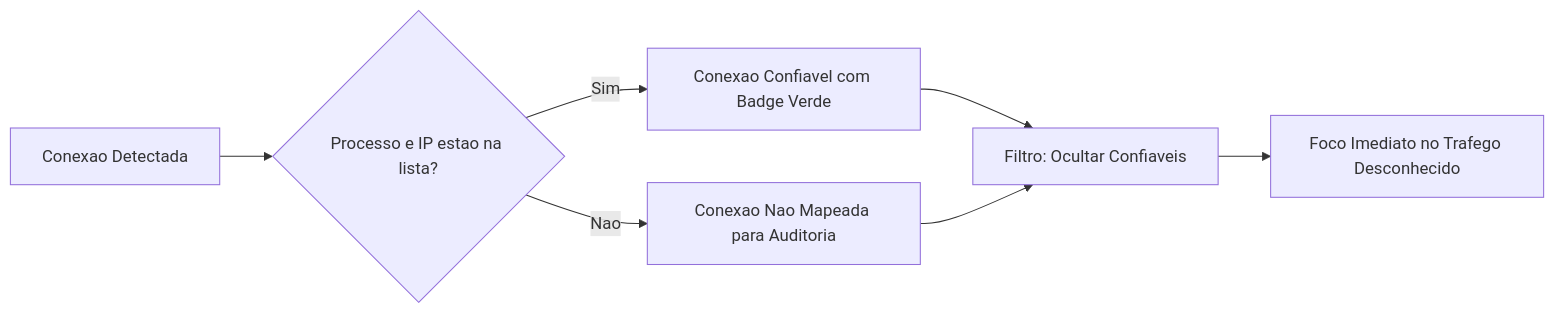
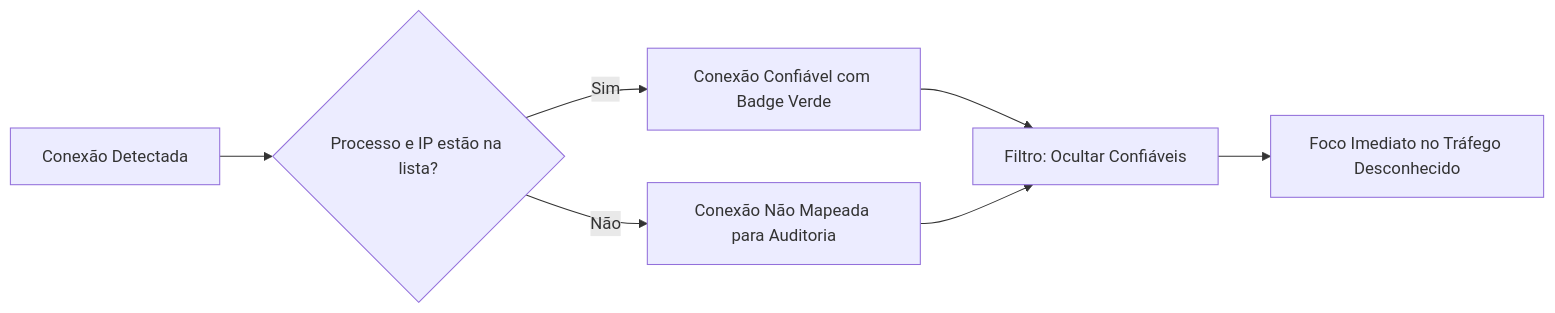
Before and after one commit to muriloai/NetStatAnalyzer: the second of 2 diagrams in README.md, drawn with Mermaid. The commit also changed other lines of this file and 34 other files, not shown here.

````diff
--- a/README.md
+++ b/README.md
@@ -121,10 +157,10 @@
 ```mermaid
 flowchart LR
-    A[Conexao Detectada] --> B{Processo e IP estao na lista?}
-    B -- Sim --> C[Conexao Confiavel com Badge Verde]
-    B -- Nao --> D[Conexao Nao Mapeada para Auditoria]
+    A[Conexão Detectada] --> B{Processo e IP estão na lista?}
+    B -- Sim --> C[Conexão Confiável com Badge Verde]
+    B -- Não --> D[Conexão Não Mapeada para Auditoria]
     
-    C --> E[Filtro: Ocultar Confiaveis]
+    C --> E[Filtro: Ocultar Confiáveis]
     D --> E
-    E --> F[Foco Imediato no Trafego Desconhecido]
+    E --> F[Foco Imediato no Tráfego Desconhecido]
 ```
````
